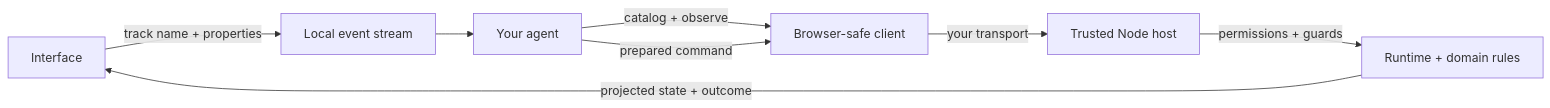
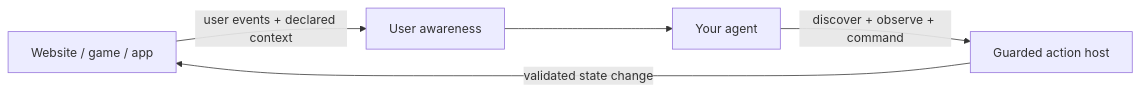
One commit to Pineapulse/eirvio changed the diagram in README.md. Above: the diagram before and after it, drawn with Mermaid. The commit also changed other lines of this file and 19 other files, not shown here.

Commit message:
Add user awareness and visible interface actions for EIRVIO 0.2

````diff
--- a/README.md
+++ b/README.md
@@ -77,10 +109,7 @@
 ```mermaid
 flowchart LR
-  UI[Interface] -->|track name + properties| Events[Local event stream]
-  Events --> Agent[Your agent]
-  Agent -->|catalog + observe| Client[Browser-safe client]
-  Agent -->|prepared command| Client
-  Client -->|your transport| Host[Trusted Node host]
-  Host -->|permissions + guards| Core[Runtime + domain rules]
-  Core -->|projected state + outcome| UI
+  UI[Website / game / app] -->|user events + declared context| Awareness[User awareness]
+  Awareness --> Agent[Your agent]
+  Agent -->|discover + observe + command| Host[Guarded action host]
+  Host -->|validated state change| UI
 ```
````
